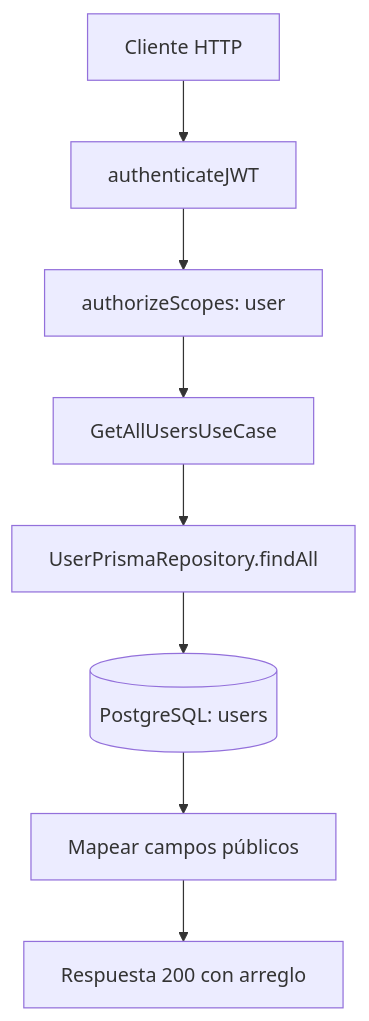
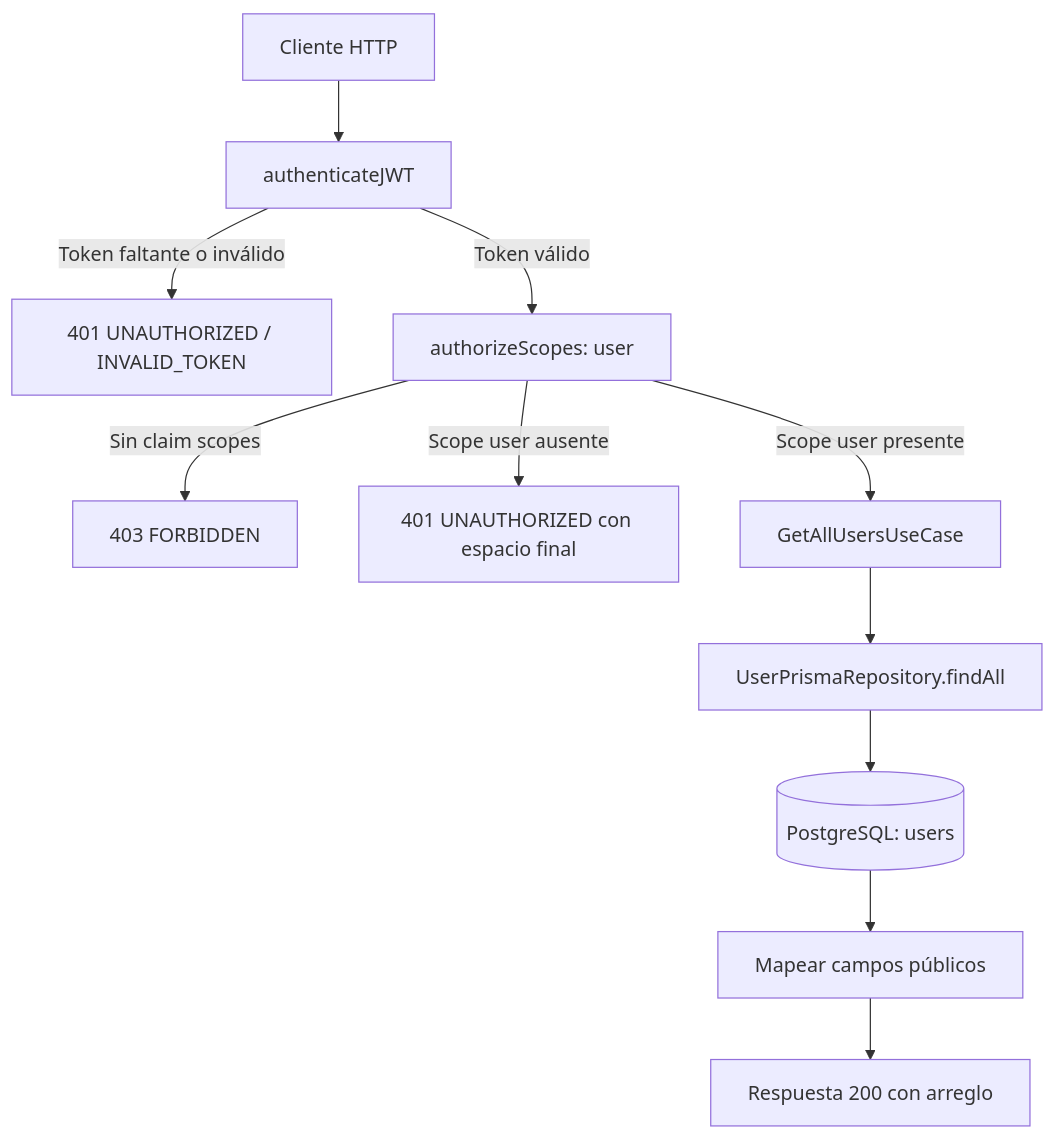
Before and after one commit to jac2206/chasis-express-ts: the diagram in docs/use-case/list-users.md, drawn with Mermaid. The commit also changed 25 other files, not shown here.

````diff
--- a/docs/use-case/list-users.md
+++ b/docs/use-case/list-users.md
@@ -71,10 +71,13 @@
 ```mermaid
 flowchart TD
     A[Cliente HTTP] --> B[authenticateJWT]
-    B --> C[authorizeScopes: user]
-    C --> D[GetAllUsersUseCase]
+    B -->|Token faltante o inválido| X[401 UNAUTHORIZED / INVALID_TOKEN]
+    B -->|Token válido| C[authorizeScopes: user]
+    C -->|Sin claim scopes| Y[403 FORBIDDEN]
+    C -->|Scope user ausente| Z[401 UNAUTHORIZED con espacio final]
+    C -->|Scope user presente| D[GetAllUsersUseCase]
     D --> E[UserPrismaRepository.findAll]
     E --> F[(PostgreSQL: users)]
     F --> G[Mapear campos públicos]
     G --> H[Respuesta 200 con arreglo]
 ```
````
